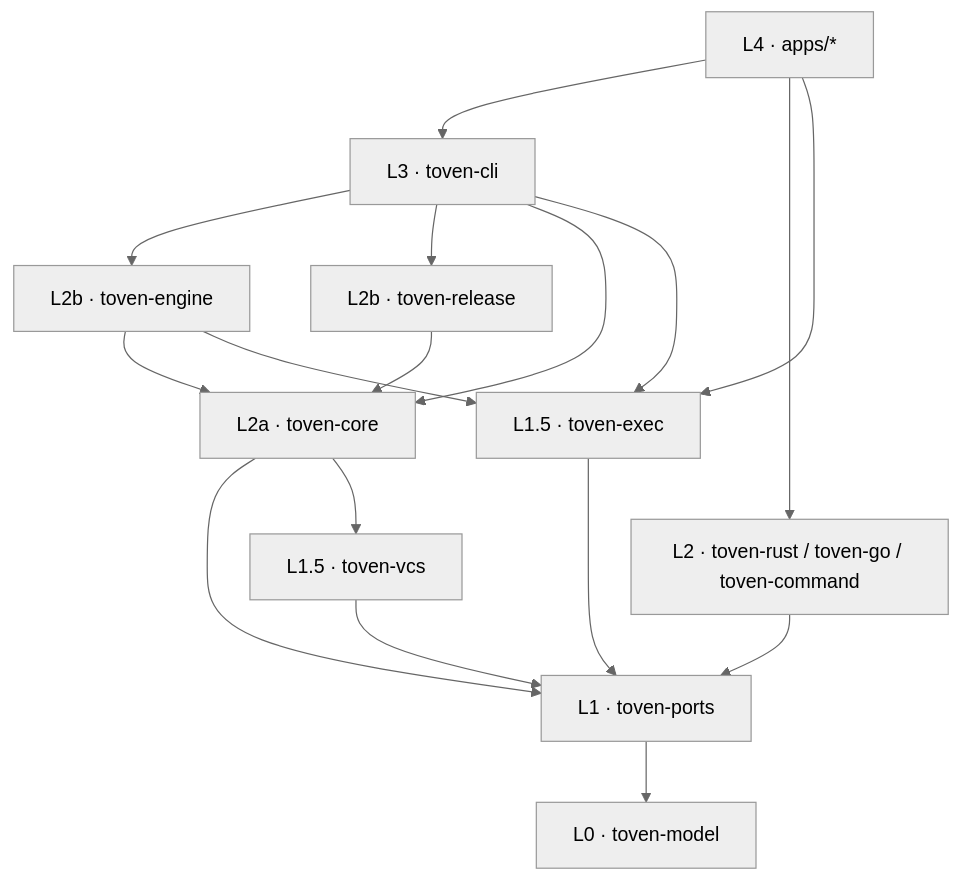
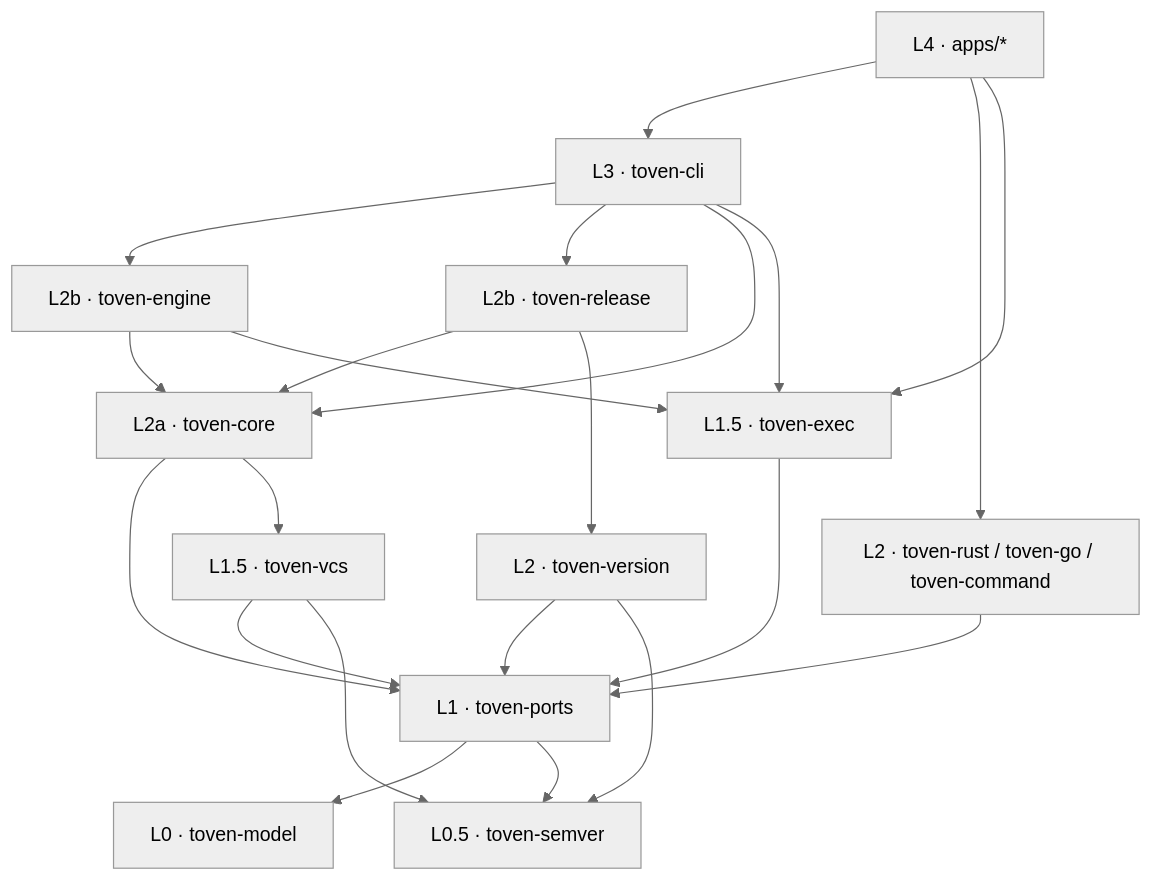
The first of 4 diagrams in docs/architecture.md (kbukum/toven), drawn with Mermaid (neutral theme) before and after one commit. The commit also changed other lines of this file and 69 other files, not shown here.

````diff
--- a/docs/architecture.md
+++ b/docs/architecture.md
@@ -24,30 +26,37 @@
 ```mermaid
 flowchart TB
     model["L0 · toven-model"]
+    semver["L0.5 · toven-semver"]
     ports["L1 · toven-ports"]
     exec["L1.5 · toven-exec"]
     vcs["L1.5 · toven-vcs"]
     core["L2a · toven-core"]
+    version["L2 · toven-version"]
     release["L2b · toven-release"]
     engine["L2b · toven-engine"]
     ecosystems["L2 · toven-rust / toven-go / toven-command"]
     cli["L3 · toven-cli"]
     apps["L4 · apps/*"]
 
     ports --> model
+    ports --> semver
     exec --> ports
     vcs --> ports
+    vcs --> semver
     core --> ports
     core --> vcs
+    version --> ports
+    version --> semver
     release --> core
+    release --> version
     engine --> core
     engine --> exec
     ecosystems --> ports
     cli --> engine
     cli --> release
     cli --> core
     cli --> exec
     apps --> cli
     apps --> ecosystems
     apps --> exec
 ```
````
